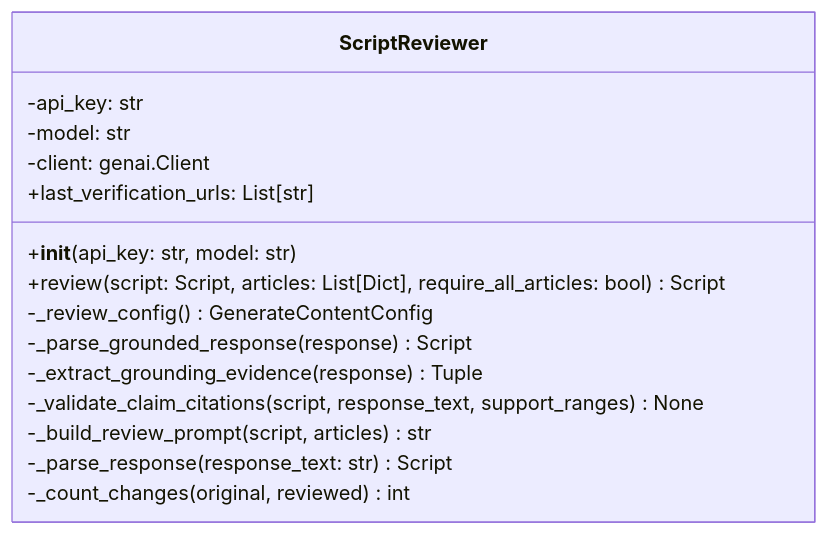
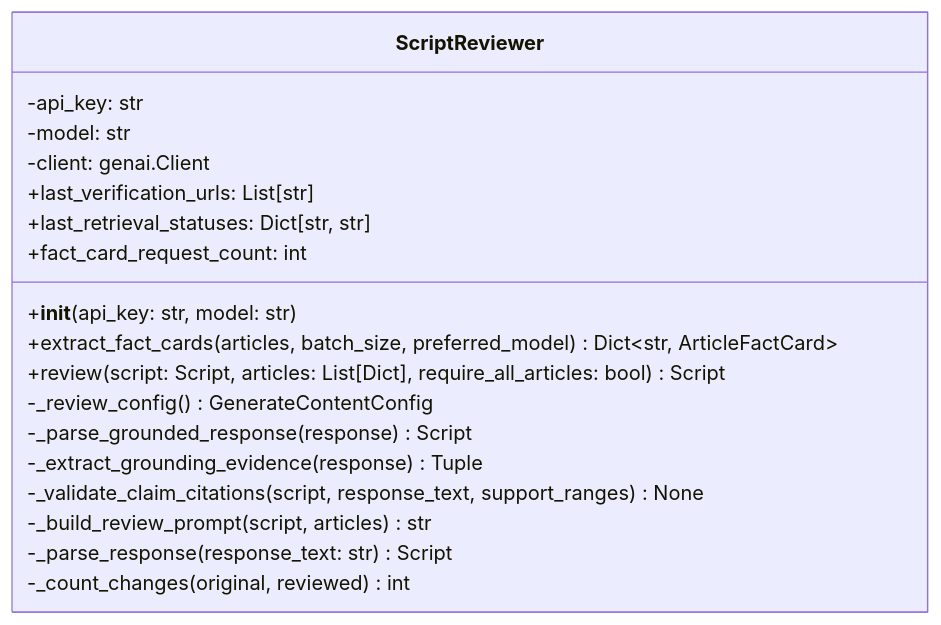
Before and after one commit to necoha/auto-podcast: the third of 8 diagrams in docs/LLD.md, drawn with Mermaid. The commit also changed other lines of this file and 11 other files, not shown here.

````diff
--- a/docs/LLD.md
+++ b/docs/LLD.md
@@ -203,18 +205,21 @@
 ```mermaid
 classDiagram
     class ScriptReviewer {
         -api_key: str
         -model: str
         -client: genai.Client
         +last_verification_urls: List[str]
+        +last_retrieval_statuses: Dict[str, str]
+        +fact_card_request_count: int
         +__init__(api_key: str, model: str)
+        +extract_fact_cards(articles, batch_size, preferred_model) Dict~str, ArticleFactCard~
         +review(script: Script, articles: List[Dict], require_all_articles: bool) Script
         -_review_config() GenerateContentConfig
         -_parse_grounded_response(response) Script
         -_extract_grounding_evidence(response) Tuple
         -_validate_claim_citations(script, response_text, support_ranges) None
         -_build_review_prompt(script, articles) str
         -_parse_response(response_text: str) Script
         -_count_changes(original, reviewed) int
     }
 ```
````
